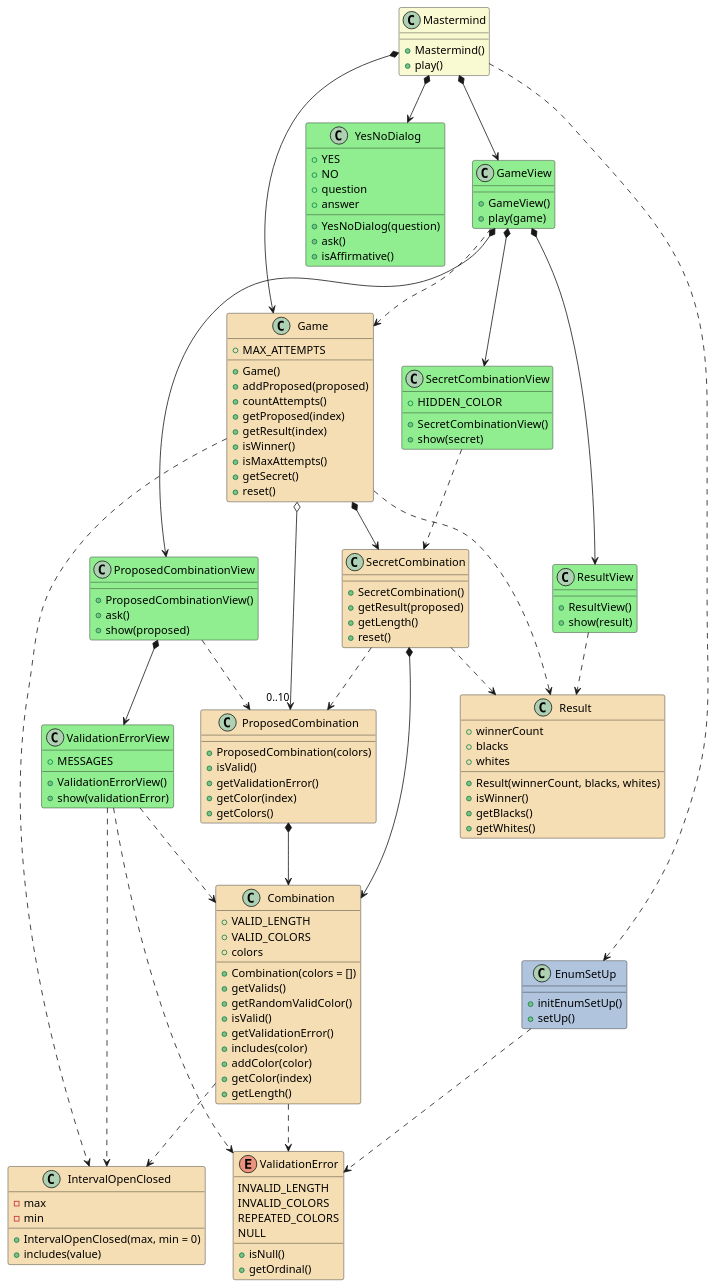
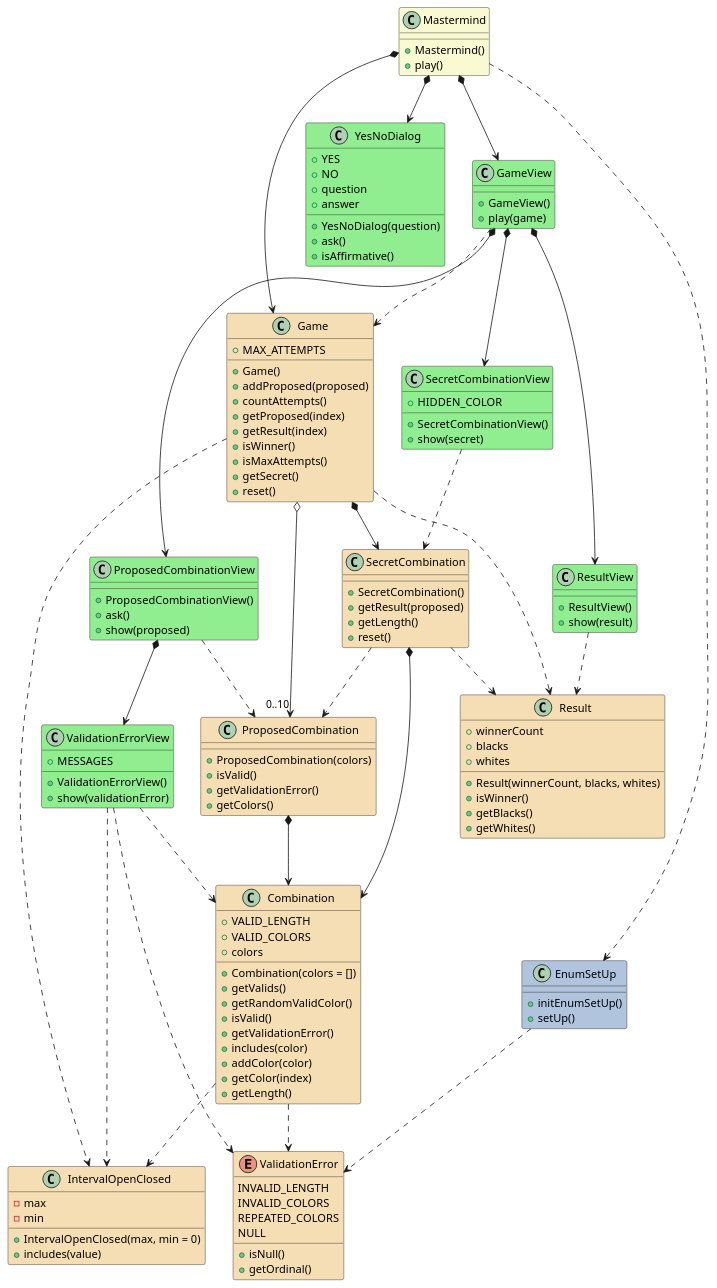
The diagram in docs/dev-resume/analysis.plantuml (PabloMartinFluvia/myGame-mastermind), drawn with PlantUML before and after one commit. The commit also changed 3 other files, not shown here.

```diff
--- a/docs/dev-resume/analysis.plantuml
+++ b/docs/dev-resume/analysis.plantuml
@@ -1,165 +1,164 @@
 @startuml analysis
 
 class Mastermind #LightGoldenRodYellow {  
 
     + Mastermind()
     + play()    
 }
 Mastermind *--> GameView
 Mastermind *--> YesNoDialog
 Mastermind *--> Game
 Mastermind ..> EnumSetUp
 
 class GameView #LightGreen {
 
     + GameView()
     + play(game)
 }
 GameView *--> SecretCombinationView
 GameView *--> ProposedCombinationView
 GameView *--> ResultView
 GameView ..> Game
 
 
 class SecretCombinationView #LightGreen {
     + HIDDEN_COLOR
     
     + SecretCombinationView()
     + show(secret)
 }
 SecretCombinationView ..> SecretCombination
 
 class ProposedCombinationView #LightGreen {
     
     + ProposedCombinationView()
     + ask()
     + show(proposed)
 }
 ProposedCombinationView *--> ValidationErrorView
 ProposedCombinationView ..> ProposedCombination
 
 class ValidationErrorView #LightGreen {
 
     + MESSAGES
     
     + ValidationErrorView()
     + show(validationError)
 }
 ValidationErrorView ..> ValidationError
 ValidationErrorView ..> Combination
 ValidationErrorView ..> IntervalOpenClosed
 
 class ResultView #LightGreen {
     
     + ResultView()
     + show(result)
 }
 ResultView ..> Result
 
 class Game #Wheat{
     + MAX_ATTEMPTS
 
     + Game()
     + addProposed(proposed)
     + countAttempts()    
     + getProposed(index)
     + getResult(index)
     + isWinner()
     + isMaxAttempts()    
     + getSecret()    
     + reset()    
 }
 Game *--> SecretCombination
 Game o--> "0..10" ProposedCombination
 Game .down.> Result
 Game ..> IntervalOpenClosed
 
 class SecretCombination #Wheat{
     
     + SecretCombination()    
     + getResult(proposed)
     + getLength()     
     + reset()
 
 }
 SecretCombination *-down-> Combination
 SecretCombination .down.> ProposedCombination
 SecretCombination .down.> Result
 
 class Result #Wheat{
     + winnerCount
     + blacks
     + whites
 
     + Result(winnerCount, blacks, whites)
     + isWinner()
     + getBlacks()    
     + getWhites()    
 }
 
 class Combination #Wheat{
     + VALID_LENGTH
     + VALID_COLORS    
     + colors
 
     + Combination(colors = [])
     + getValids()
     + getRandomValidColor()
     + isValid()    
     + getValidationError()
     + includes(color)    
     + addColor(color)          
     + getColor(index)
     + getLength() 
 }
 Combination .down.> ValidationError
 Combination ..> IntervalOpenClosed
 
 enum ValidationError #Wheat{    
     INVALID_LENGTH
     INVALID_COLORS
     REPEATED_COLORS
     NULL
 
     + isNull()
     + getOrdinal()
 }
 
 class ProposedCombination #Wheat{
 
     + ProposedCombination(colors)
     + isValid()         
-    + getValidationError()
-    + getColor(index)   
+    + getValidationError()     
     + getColors()   
 }
 ProposedCombination *-down-> Combination 
 
 
 
 class YesNoDialog #LightGreen {
     + YES
     + NO
     + question
     + answer    
 
     + YesNoDialog(question)
     + ask()
     + isAffirmative()
 }
 
 class EnumSetUp #LightSteelBlue {
     + initEnumSetUp()
     + setUp()
 }
 EnumSetUp ..> ValidationError
 
 class IntervalOpenClosed #Wheat{
     - max
     - min
 
     + IntervalOpenClosed(max, min = 0)
     + includes(value)
 }
 
 @enduml
```
